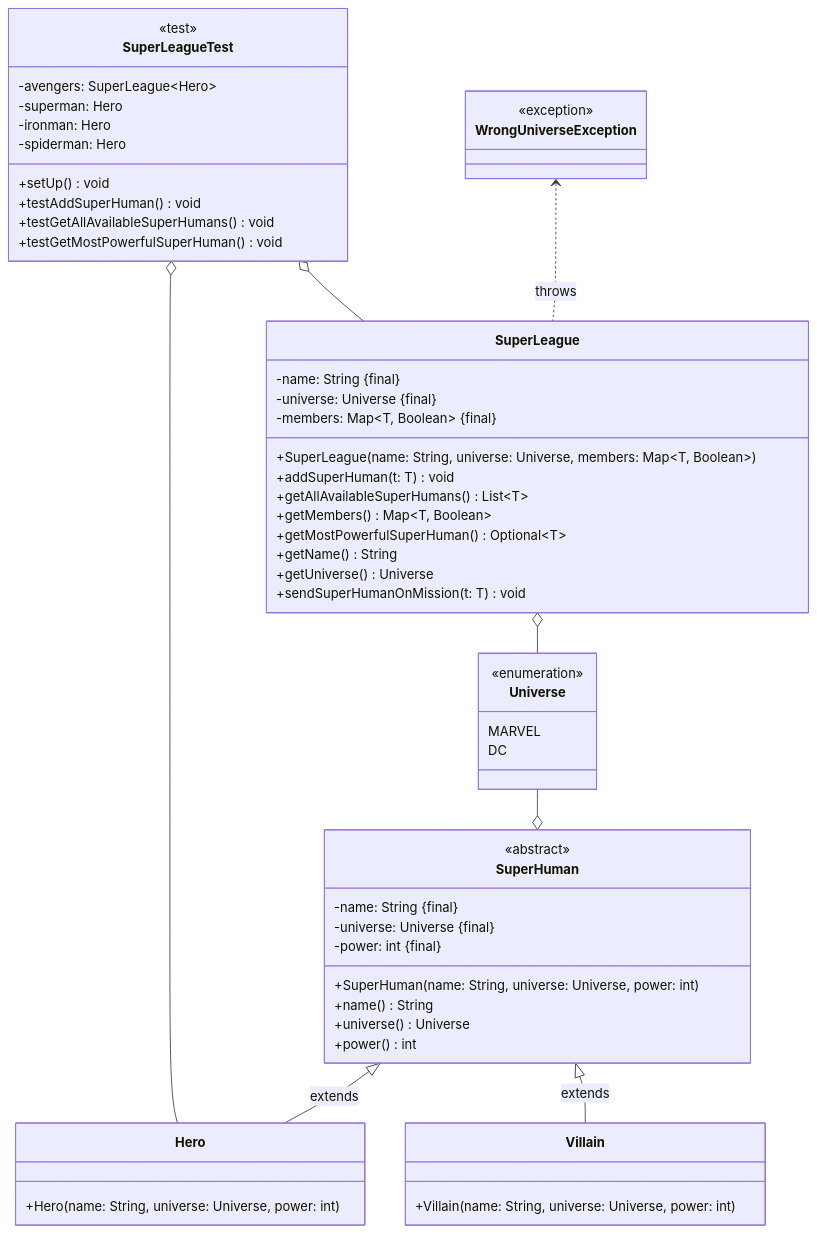
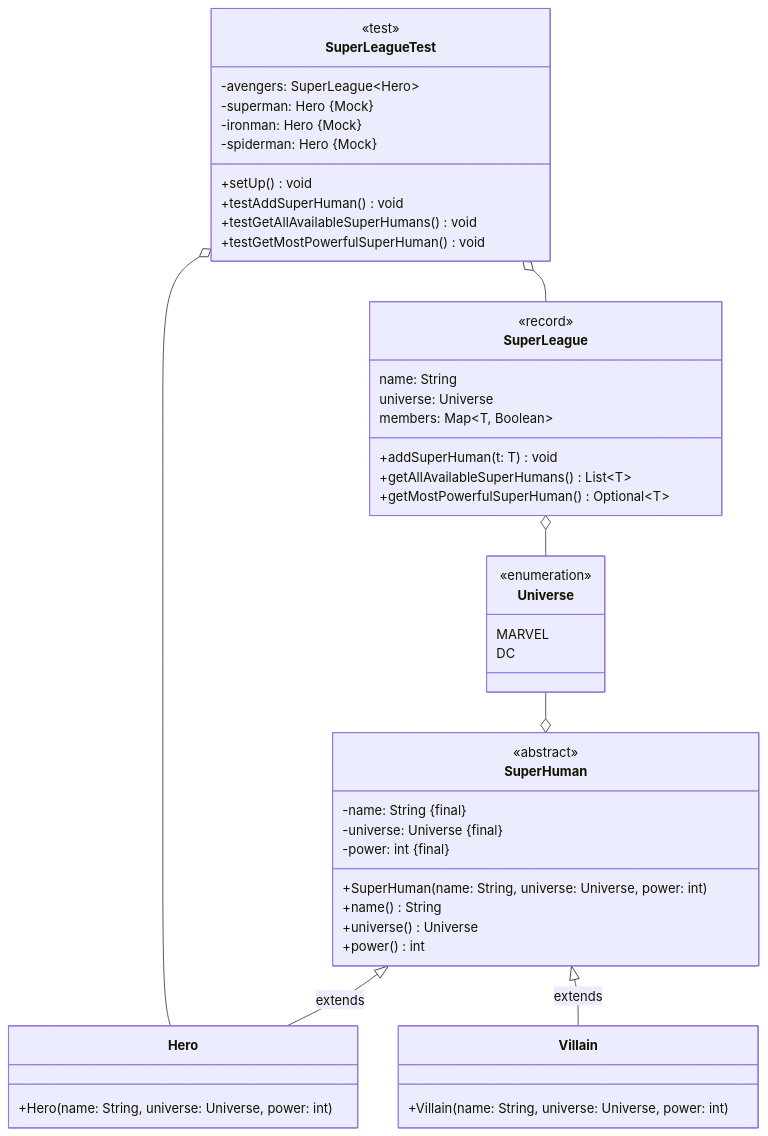
Before and after one commit to jappuccini/java-docs: the second of 3 diagrams in docs/additional-material/daniel/java2/sample-exam.md, drawn with Mermaid. The commit also changed other lines of this file and 3 other files, not shown here.

````diff
--- a/docs/additional-material/daniel/java2/sample-exam.md
+++ b/docs/additional-material/daniel/java2/sample-exam.md
@@ -178,65 +133,56 @@
 ```mermaid
 classDiagram
     SuperLeagueTest o-- Hero
     SuperLeagueTest o-- SuperLeague
     SuperHuman <|-- Villain : extends
     SuperHuman <|-- Hero : extends
     Universe --o SuperHuman
     SuperLeague~T extends SuperHuman~ o-- Universe
-    WrongUniverseException <.. SuperLeague~T extends SuperHuman~ : throws
 
     class SuperHuman {
         <<abstract>>
         -name: String #123;final#125;
         -universe: Universe #123;final#125;
         -power: int #123;final#125;
         +SuperHuman(name: String, universe: Universe, power: int)
         +name() String
         +universe() Universe
         +power() int
     }
 
     class Villain {
         +Villain(name: String, universe: Universe, power: int)
     }
 
     class Hero {
         +Hero(name: String, universe: Universe, power: int)
     }
 
     class Universe {
         <<enumeration>>
         MARVEL
         DC
     }
 
-    class WrongUniverseException {
-        <<exception>>
-    }
-
     class SuperLeague~T extends SuperHuman~ {
-        -name: String #123;final#125;
-        -universe: Universe #123;final#125;
-        -members: Map~T, Boolean~ #123;final#125;
-        +SuperLeague(name: String, universe: Universe, members: Map~T, Boolean~)
+        <<record>>
+        name: String
+        universe: Universe
+        members: Map~T, Boolean~
         +addSuperHuman(t: T) void
         +getAllAvailableSuperHumans() List~T~
-        +getMembers() Map~T, Boolean~
         +getMostPowerfulSuperHuman() Optional~T~
-        +getName() String
-        +getUniverse() Universe
-        +sendSuperHumanOnMission(t: T) void
     }
 
     class SuperLeagueTest {
         <<test>>
         -avengers: SuperLeague~Hero~
-        -superman: Hero
-        -ironman: Hero
-        -spiderman: Hero
+        -superman: Hero #123;Mock#125;
+        -ironman: Hero #123;Mock#125;
+        -spiderman: Hero #123;Mock#125;
         +setUp() void
         +testAddSuperHuman() void
         +testGetAllAvailableSuperHumans() void
         +testGetMostPowerfulSuperHuman() void
     }
 ```
````
